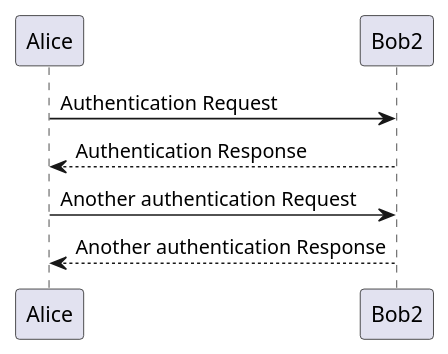
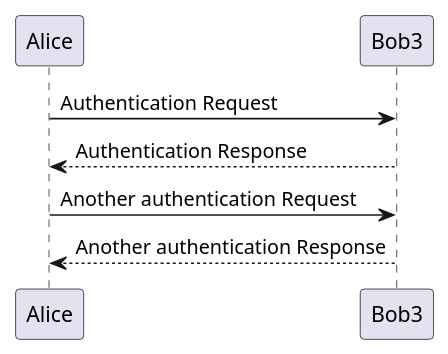
One commit to AndrewLane/plantuml-automation-playground changed the diagram in test6.plantuml. Above: the diagram before and after it, drawn with PlantUML. The commit also changed 4 other files, not shown here.

```diff
--- a/test6.plantuml
+++ b/test6.plantuml
@@ -1,7 +1,7 @@
 @startuml
-Alice -> Bob2: Authentication Request
-Bob2 --> Alice: Authentication Response
+Alice -> Bob3: Authentication Request
+Bob3 --> Alice: Authentication Response
 
-Alice -> Bob2: Another authentication Request
-Alice <-- Bob2: Another authentication Response
+Alice -> Bob3: Another authentication Request
+Alice <-- Bob3: Another authentication Response
 @enduml
```
